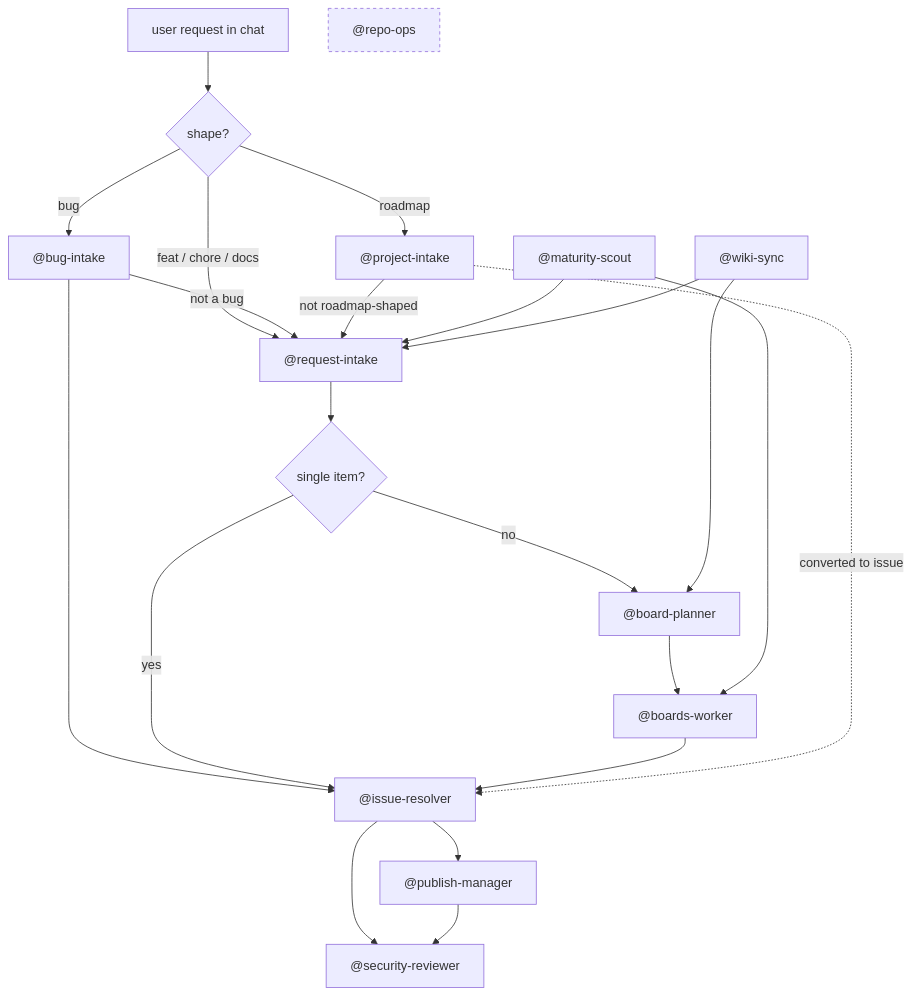
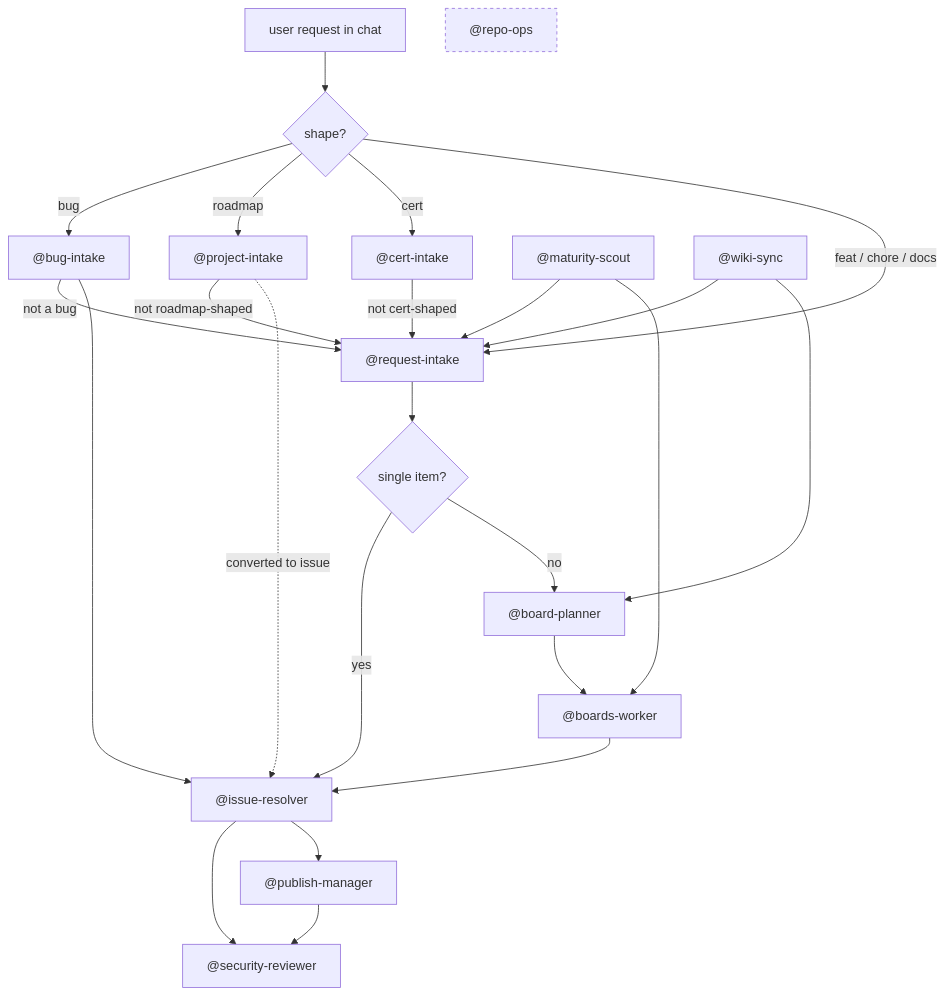
One commit to marcusjacobson/portfolio changed the diagram in wiki/Agents.md. Above: the diagram before and after it, drawn with Mermaid. The commit also changed other lines of this file and 4 other files, not shown here.

First line of the commit message:
Add @cert-intake agent and route certification-shaped requests (#297)

````diff
--- a/wiki/Agents.md
+++ b/wiki/Agents.md
@@ -36,34 +37,36 @@
 ```mermaid
 flowchart TD
     user[user request in chat]
     user --> intake{shape?}
 
     intake -- bug --> bug["@bug-intake"]
     intake -- roadmap --> proj["@project-intake"]
+    intake -- cert --> cert["@cert-intake"]
     intake -- feat / chore / docs --> req["@request-intake"]
 
     bug -- not a bug --> req
     proj -- not roadmap-shaped --> req
+    cert -- not cert-shaped --> req
 
     bug --> resolver
     req --> single{single item?}
     single -- yes --> resolver["@issue-resolver"]
     single -- no --> planner["@board-planner"]
     planner --> worker["@boards-worker"]
     worker --> resolver
 
     proj -. converted to issue .-> resolver
 
     resolver --> review["@security-reviewer"]
     resolver --> publish["@publish-manager"]
     publish --> review
 
     scout["@maturity-scout"] --> req
     scout --> worker
 
     wiki["@wiki-sync"] --> req
     wiki --> planner
 
     ops["@repo-ops"]:::side
     classDef side stroke-dasharray: 4 4
 ```
````
